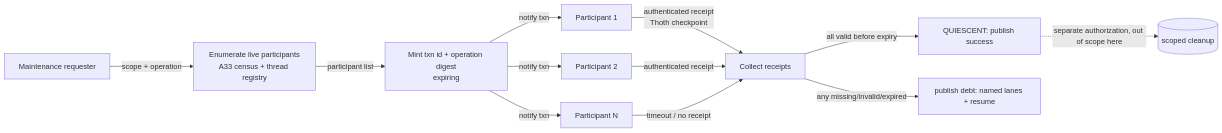
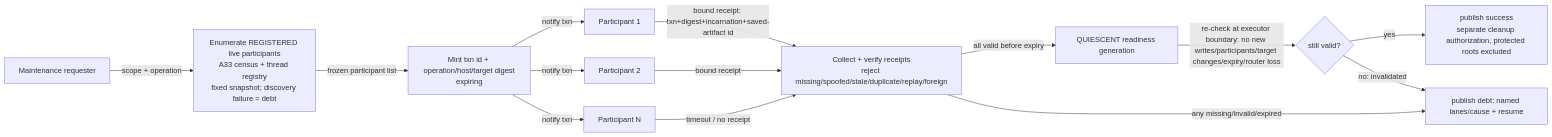
One commit to SirsiMaster/sirsi-pantheon changed the diagram in docs/ADR-079-SAVE-BEFORE-MAINTENANCE-CONTRACT.md. Above: the diagram before and after it, drawn with Mermaid. The commit also changed other lines of this file and 1 other file, not shown here.

First line of the commit message:
docs(fleet-safety): ADR-079 rev2 — close 4 scope gaps from SSA review

````diff
--- a/docs/ADR-079-SAVE-BEFORE-MAINTENANCE-CONTRACT.md
+++ b/docs/ADR-079-SAVE-BEFORE-MAINTENANCE-CONTRACT.md
@@ -20,14 +46,16 @@
 ```mermaid
 flowchart LR
-    A[Maintenance requester] -->|scope + operation| B[Enumerate live participants\nA33 census + thread registry]
-    B -->|participant list| C[Mint txn id + operation digest\nexpiring]
+    A[Maintenance requester] -->|scope + operation| B[Enumerate REGISTERED live participants\nA33 census + thread registry\nfixed snapshot; discovery failure = debt]
+    B -->|frozen participant list| C[Mint txn id + operation/host/target digest\nexpiring]
     C -->|notify txn| D1[Participant 1]
     C -->|notify txn| D2[Participant 2]
     C -->|notify txn| Dn[Participant N]
-    D1 -->|authenticated receipt\nThoth checkpoint| E[Collect receipts]
-    D2 -->|authenticated receipt| E
+    D1 -->|bound receipt: txn+digest+incarnation+saved-artifact id| E[Collect + verify receipts\nreject missing/spoofed/stale/duplicate/replay/foreign]
+    D2 -->|bound receipt| E
     Dn -->|timeout / no receipt| E
-    E -->|all valid before expiry| F[QUIESCENT: publish success]
-    E -->|any missing/invalid/expired| G[publish debt: named lanes + resume]
-    F -.->|separate authorization, out of scope here| H[(scoped cleanup)]
+    E -->|all valid before expiry| F[QUIESCENT readiness generation]
+    F -->|re-check at executor boundary: no new writes/participants/target changes/expiry/router loss| H{still valid?}
+    H -->|yes| I[publish success\nseparate cleanup authorization, protected roots excluded]
+    H -->|no: invalidated| G[publish debt: named lanes/cause + resume]
+    E -->|any missing/invalid/expired| G
 ```
````
